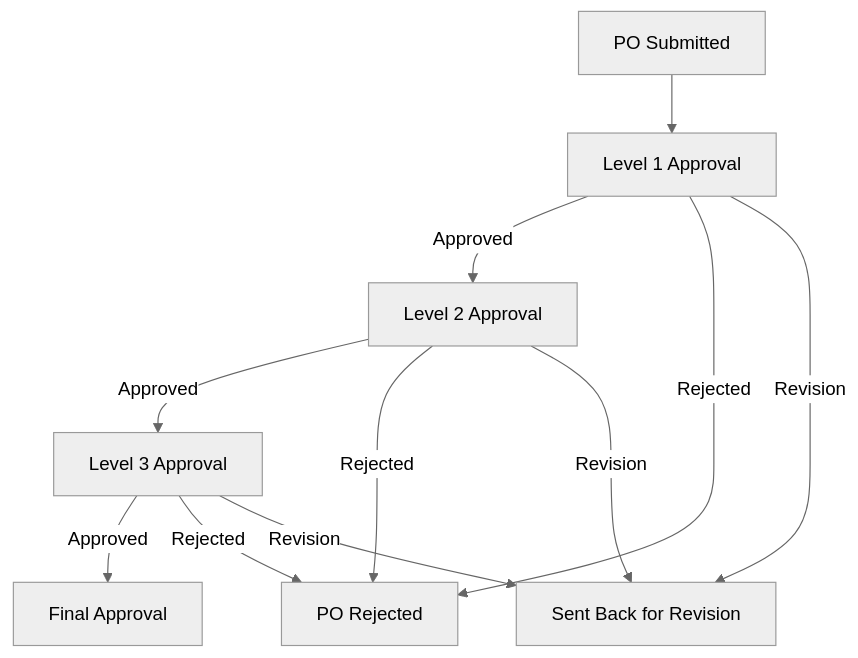
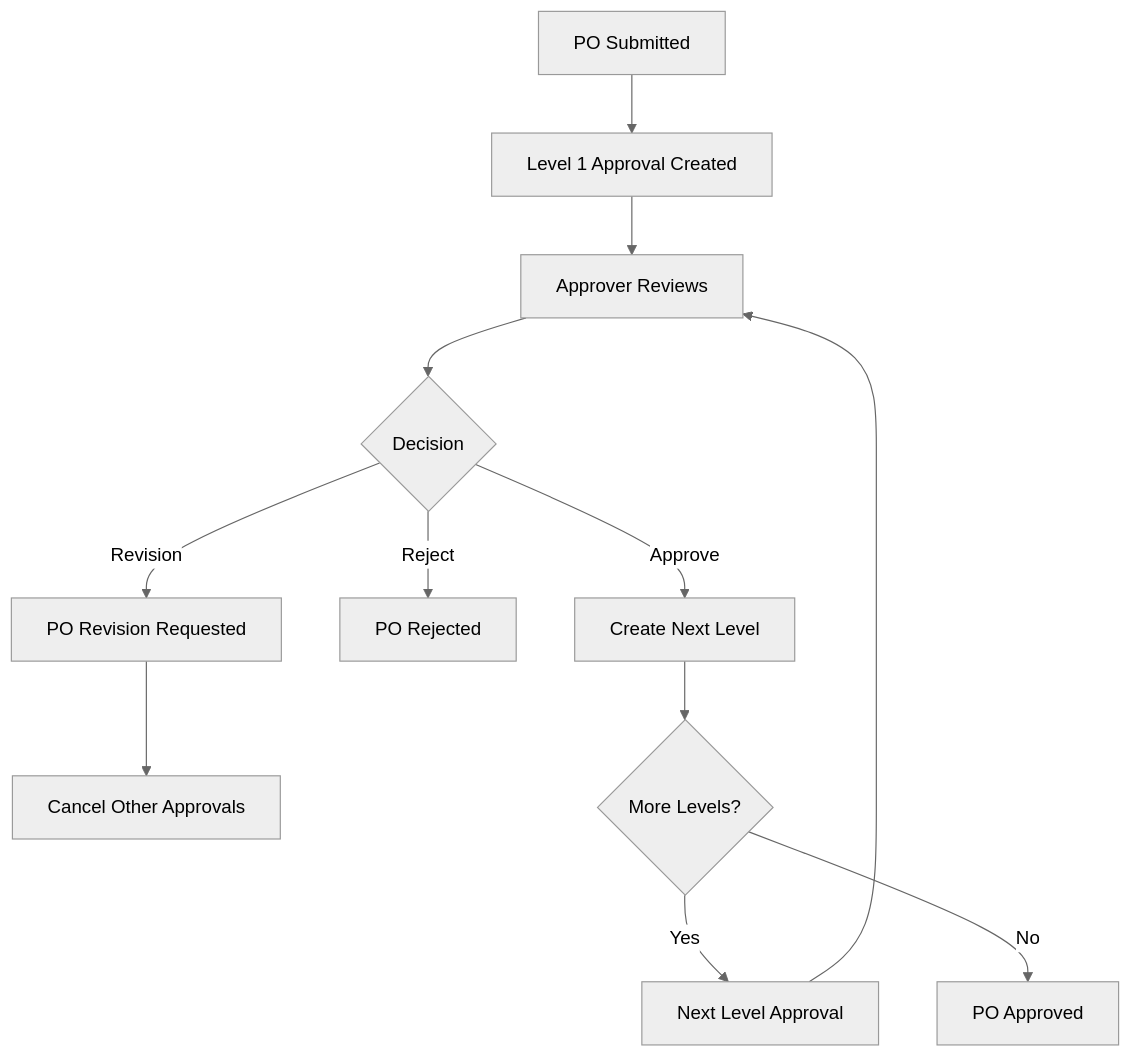
Before and after one commit to rachmanj/proc-app: the third of 5 diagrams in docs/architecture.md, drawn with Mermaid (neutral theme). The commit also changed other lines of this file and 63 other files, not shown here.

````diff
--- a/docs/architecture.md
+++ b/docs/architecture.md
@@ -209,13 +591,14 @@
 ```mermaid
 graph TD
-    A[PO Submitted] --> B[Level 1 Approval]
-    B -->|Approved| C[Level 2 Approval]
-    C -->|Approved| D[Level 3 Approval]
-    D -->|Approved| E[Final Approval]
-    B -->|Rejected| F[PO Rejected]
-    C -->|Rejected| F
-    D -->|Rejected| F
-    B -->|Revision| G[Sent Back for Revision]
-    C -->|Revision| G
-    D -->|Revision| G
+    A[PO Submitted] --> B[Level 1 Approval Created]
+    B --> C[Approver Reviews]
+    C --> D{Decision}
+    D -->|Approve| E[Create Next Level]
+    D -->|Reject| F[PO Rejected]
+    D -->|Revision| G[PO Revision Requested]
+    G --> H[Cancel Other Approvals]
+    E --> I{More Levels?}
+    I -->|Yes| J[Next Level Approval]
+    J --> C
+    I -->|No| K[PO Approved]
 ```
````
